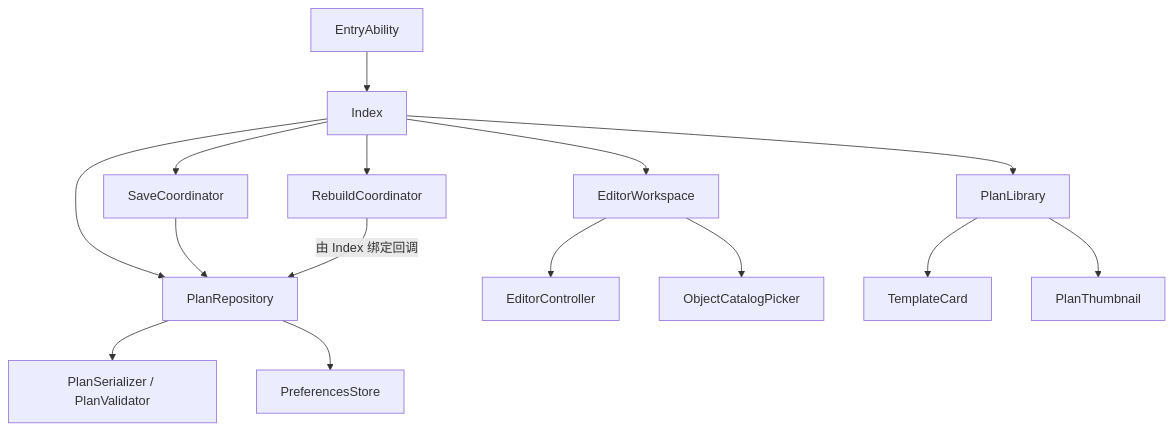
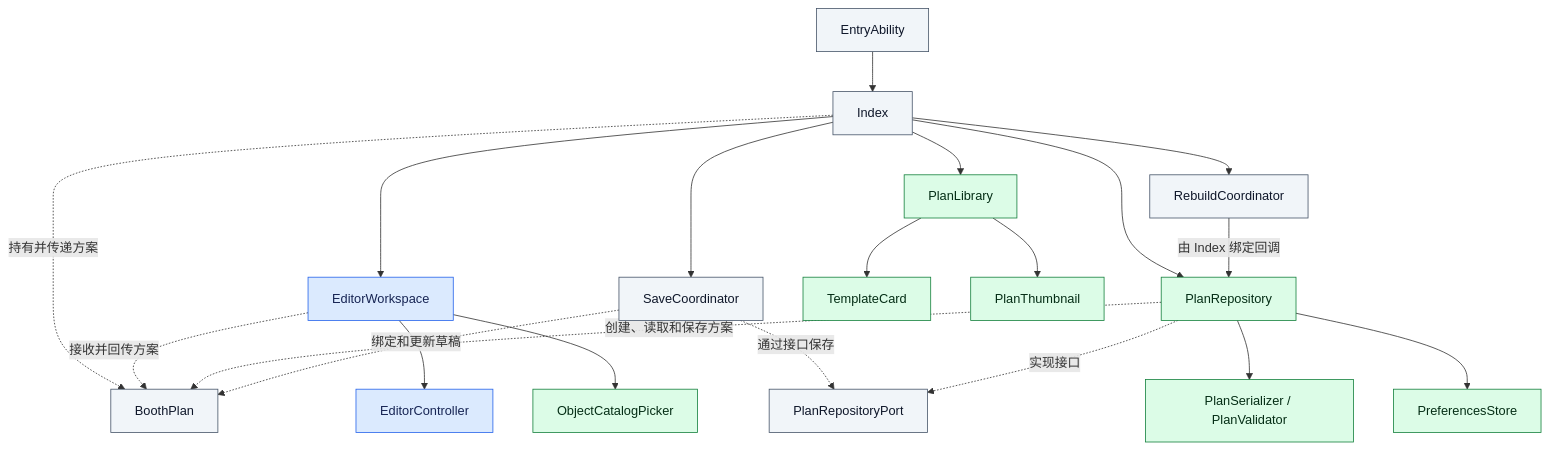
One commit to xiaoyaoyou100/BoothLab changed the first of 4 diagrams in docs/ARCHITECTURE.md. Above: the diagram before and after it, drawn with Mermaid. The commit also changed other lines of this file and 5 other files, not shown here.

```diff
--- a/docs/ARCHITECTURE.md
+++ b/docs/ARCHITECTURE.md
@@ -7,17 +7,28 @@
 ~~~mermaid
 flowchart TD
     EA["EntryAbility"] --> IDX["Index"]
     IDX --> LIB["PlanLibrary"]
     IDX --> WS["EditorWorkspace"]
     IDX --> SAVE["SaveCoordinator"]
     IDX --> REB["RebuildCoordinator"]
     IDX --> REPO["PlanRepository"]
-    SAVE --> REPO
+    SAVE -.->|"通过接口保存"| PORT["PlanRepositoryPort"]
+    REPO -.->|"实现接口"| PORT
+    IDX -.->|"持有并传递方案"| PLAN["BoothPlan"]
+    WS -.->|"接收并回传方案"| PLAN
+    REPO -.->|"创建、读取和保存方案"| PLAN
+    SAVE -.->|"绑定和更新草稿"| PLAN
     REB -->|"由 Index 绑定回调"| REPO
     REPO --> SER["PlanSerializer / PlanValidator"]
     REPO --> PREF["PreferencesStore"]
     WS --> CTRL["EditorController"]
     WS --> PICK["ObjectCatalogPicker"]
     LIB --> CARD["TemplateCard"]
     LIB --> THUMB["PlanThumbnail"]
+    class WS,CTRL editor
+    class LIB,REPO,PREF,SER,PICK,CARD,THUMB library
+    class EA,IDX,SAVE,REB,PLAN,PORT shared
+    classDef editor fill:#dbeafe,stroke:#2563eb,color:#172554
+    classDef library fill:#dcfce7,stroke:#15803d,color:#052e16
+    classDef shared fill:#f1f5f9,stroke:#475569,color:#0f172a
 ~~~
```
